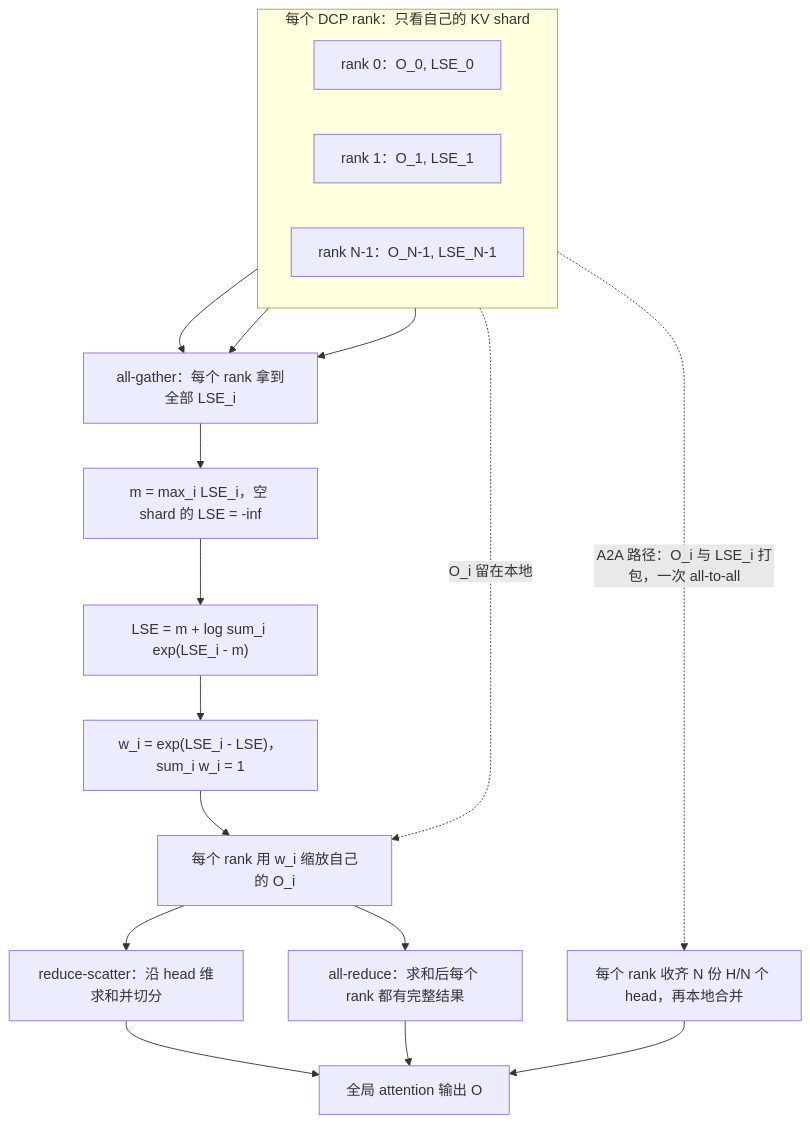
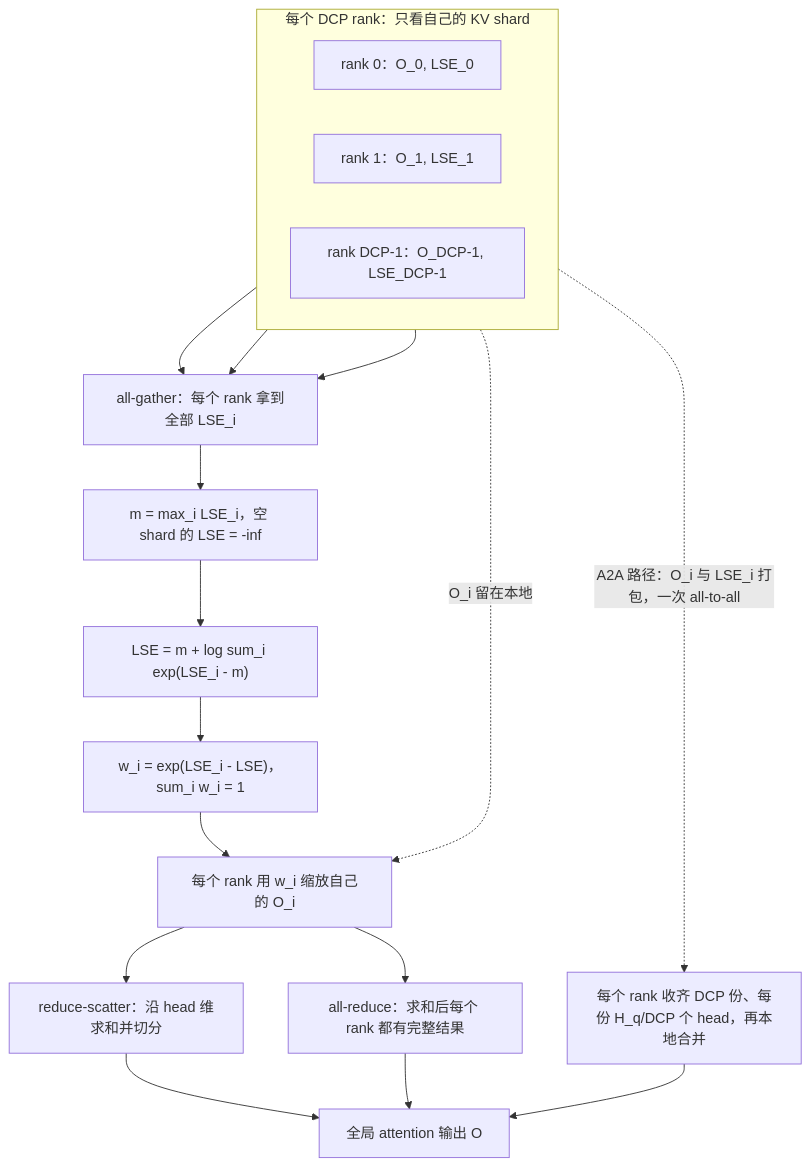
One commit to cluster1900/vllm_reader changed diagram 29 of 41 in book/09-distributed/README.md. Above: the diagram before and after it, drawn with Mermaid. The commit also changed other lines of this file and 1 other file, not shown here.

First line of the commit message:
docs(ch09): B7b r2 — DCP 本地 token 上界、naive 路径触发条件、符号与引用修正

````diff
--- a/book/09-distributed/README.md
+++ b/book/09-distributed/README.md
@@ -2149,23 +2149,23 @@
 ```mermaid
 flowchart TB
     subgraph SHARDS["每个 DCP rank：只看自己的 KV shard"]
         direction LR
         S0["rank 0：O_0, LSE_0"]
         S1["rank 1：O_1, LSE_1"]
-        SN["rank N-1：O_N-1, LSE_N-1"]
+        SN["rank DCP-1：O_DCP-1, LSE_DCP-1"]
     end
     S0 --> AG["all-gather：每个 rank 拿到全部 LSE_i"]
     S1 --> AG
     SN --> AG
     AG --> MAX["m = max_i LSE_i，空 shard 的 LSE = -inf"]
     MAX --> LSE["LSE = m + log sum_i exp(LSE_i - m)"]
     LSE --> W["w_i = exp(LSE_i - LSE)，sum_i w_i = 1"]
     W --> SC["每个 rank 用 w_i 缩放自己的 O_i"]
     S0 -. "O_i 留在本地" .-> SC
     SC --> RS["reduce-scatter：沿 head 维求和并切分"]
     SC --> AR["all-reduce：求和后每个 rank 都有完整结果"]
-    SHARDS -. "A2A 路径：O_i 与 LSE_i 打包，一次 all-to-all" .-> A2A["每个 rank 收齐 N 份 H/N 个 head，再本地合并"]
+    SHARDS -. "A2A 路径：O_i 与 LSE_i 打包，一次 all-to-all" .-> A2A["每个 rank 收齐 DCP 份、每份 H_q/DCP 个 head，再本地合并"]
     RS --> OUT["全局 attention 输出 O"]
     AR --> OUT
     A2A --> OUT
 ```
````
